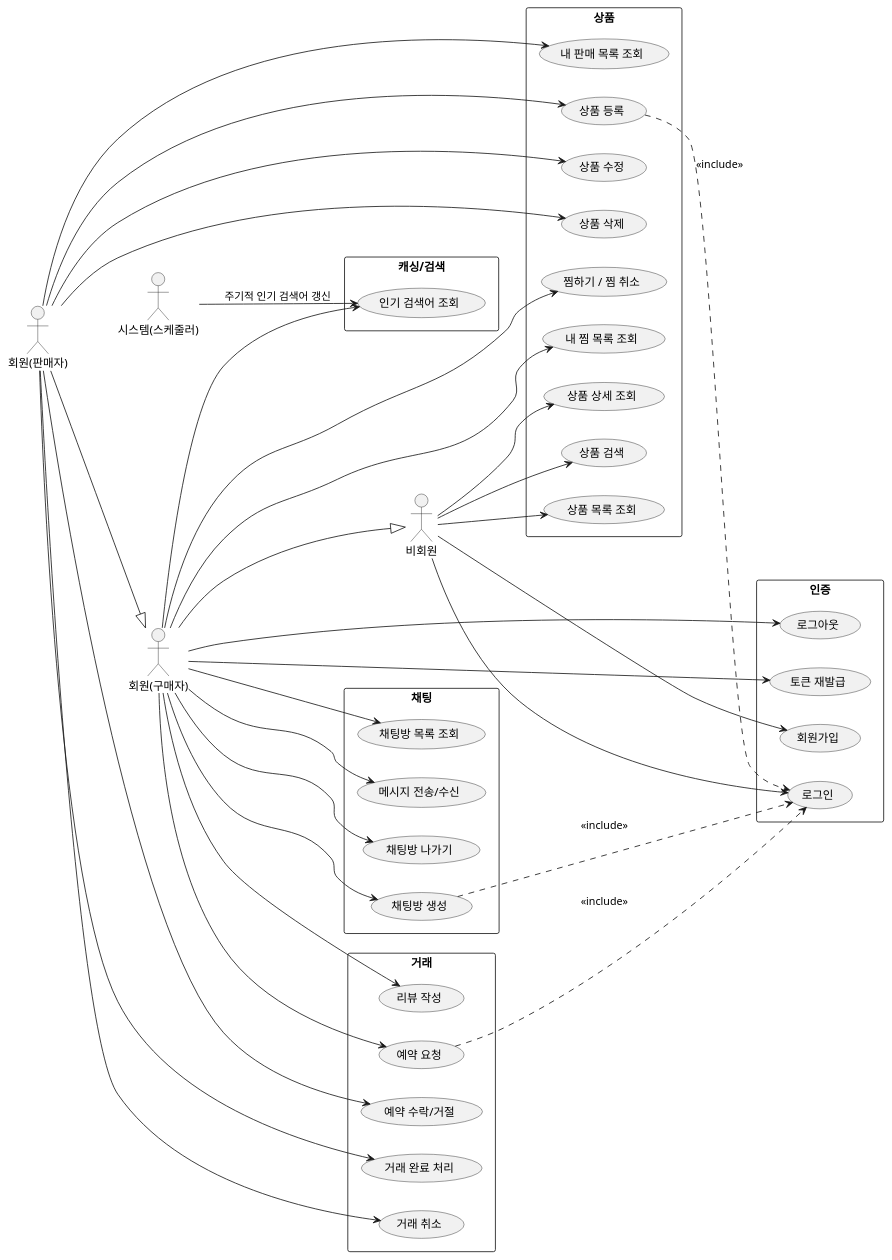
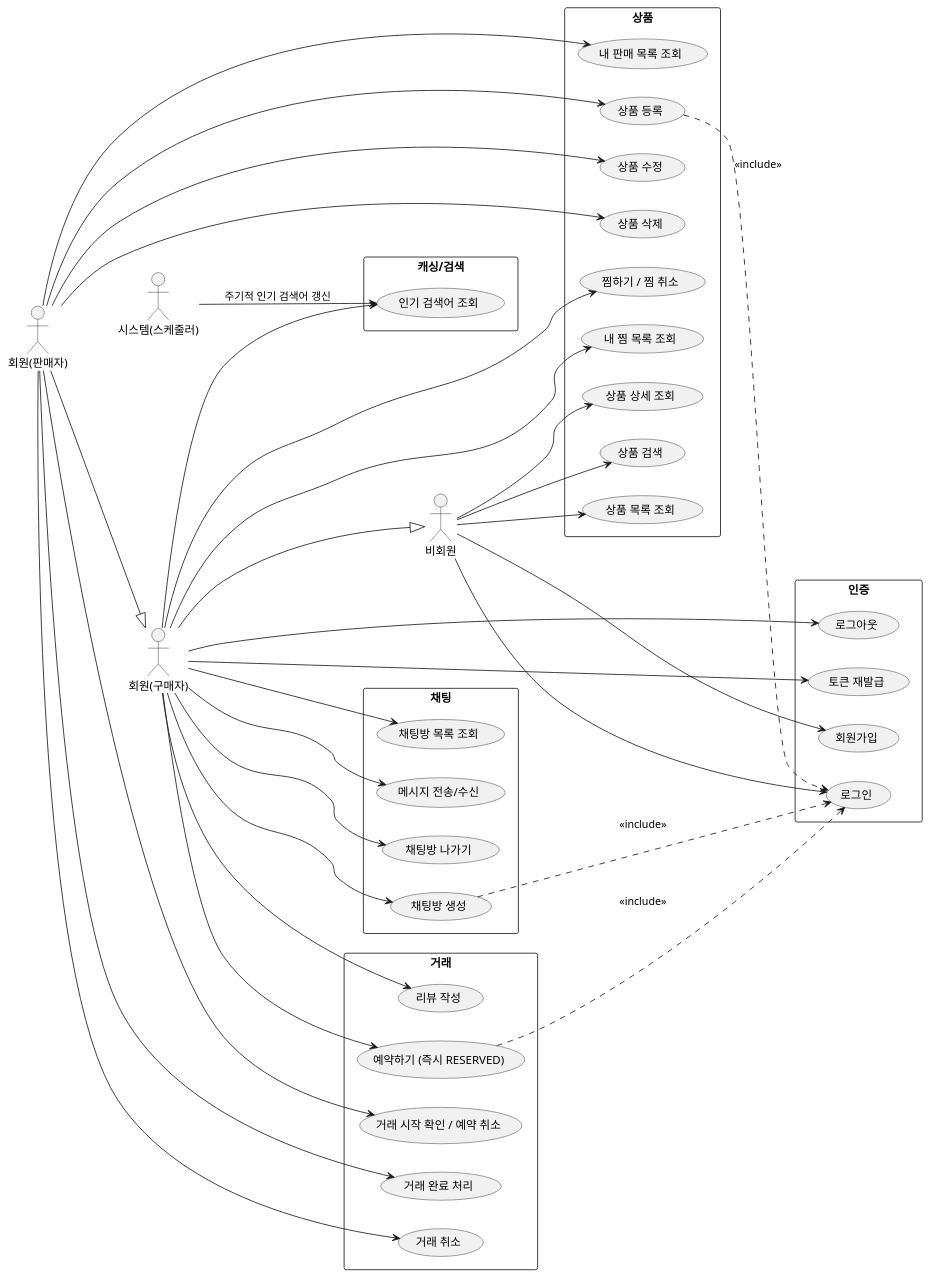
Before and after one commit to Team-5th-Chat-prj/docs: the first of 2 diagrams in v1/03-유스케이스 명세서.md, drawn with PlantUML. The commit also changed other lines of this file and 8 other files, not shown here.

```diff
--- a/v1/03-유스케이스 명세서.md
+++ b/v1/03-유스케이스 명세서.md
@@ -39,8 +39,8 @@
 }
 
 rectangle "거래" {
-  usecase "예약 요청" as UC20
-  usecase "예약 수락/거절" as UC21
+  usecase "예약하기 (즉시 RESERVED)" as UC20
+  usecase "거래 시작 확인 / 예약 취소" as UC21
   usecase "거래 완료 처리" as UC22
   usecase "거래 취소" as UC23
   usecase "리뷰 작성" as UC24
```
